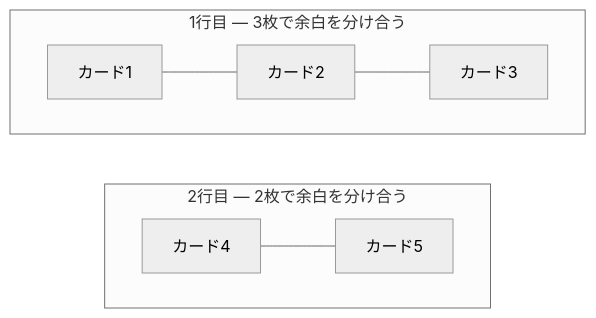
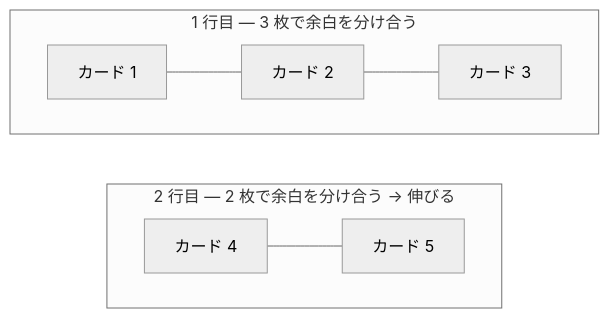
Before and after one commit to ozaki25/web-front-training-ozaki25: the diagram in docs/drafts/004/index.md, drawn with Mermaid (neutral theme). The commit also changed other lines of this file and 1 other file, not shown here.

````diff
--- a/docs/drafts/004/index.md
+++ b/docs/drafts/004/index.md
@@ -143,12 +189,12 @@
 ```mermaid
 flowchart TB
-  subgraph row1["1行目 — 3枚で余白を分け合う"]
+  subgraph row1["1 行目 — 3 枚で余白を分け合う"]
     direction LR
-    A["カード1"] --- B["カード2"] --- C["カード3"]
+    A["カード 1"] --- B["カード 2"] --- C["カード 3"]
   end
-  subgraph row2["2行目 — 2枚で余白を分け合う"]
+  subgraph row2["2 行目 — 2 枚で余白を分け合う → 伸びる"]
     direction LR
-    D["カード4"] --- E["カード5"]
+    D["カード 4"] --- E["カード 5"]
   end
   row1 ~~~ row2
 ```
````
